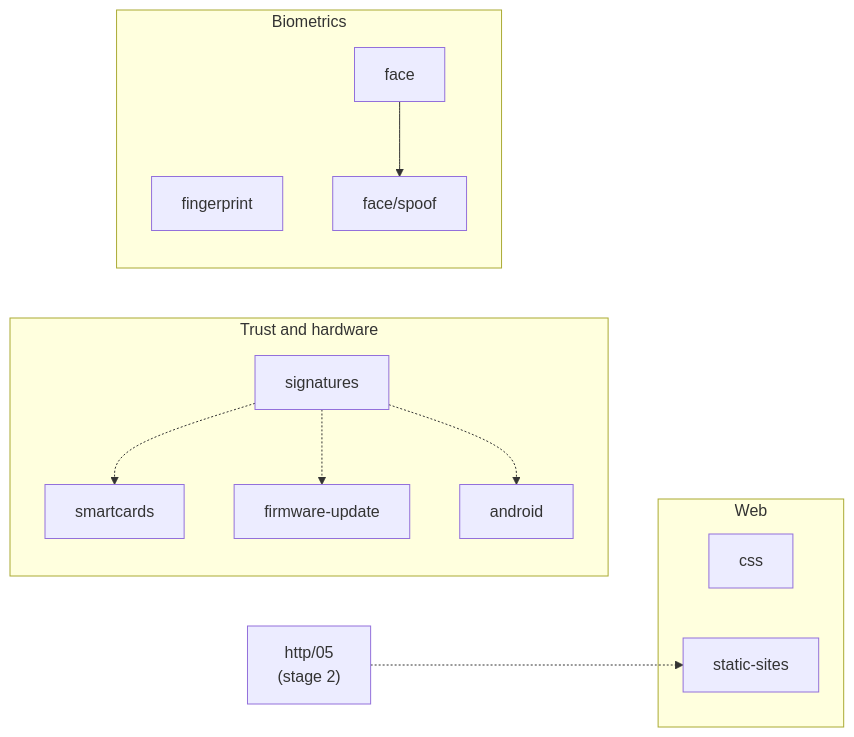
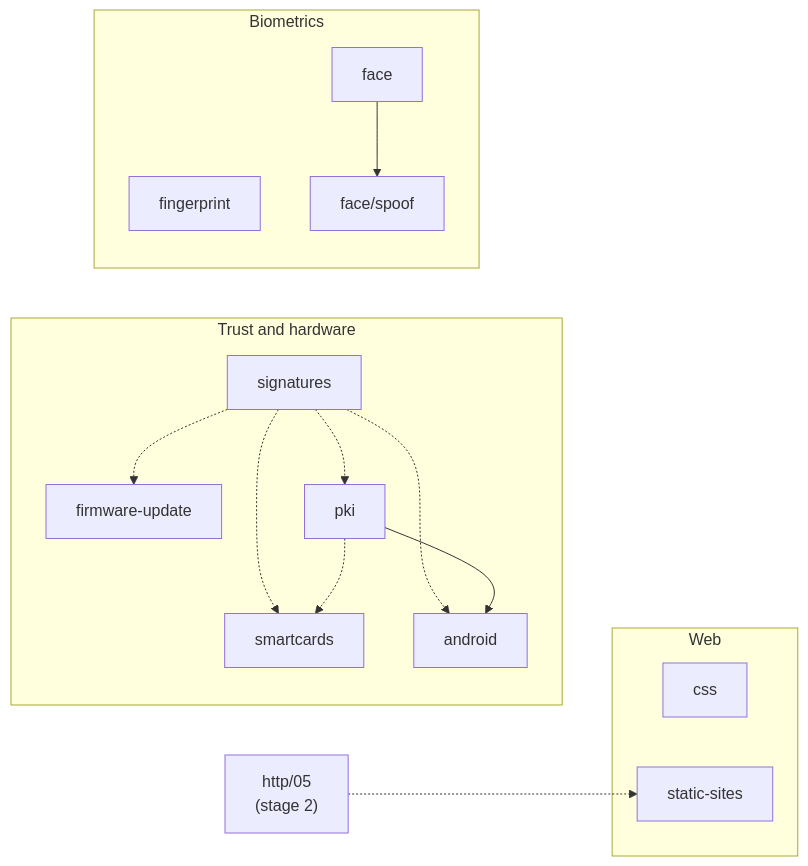
The second of 3 diagrams in README.md (Beasr1/til), drawn with Mermaid before and after one commit. The commit also changed other lines of this file, not shown here.

First line of the commit message:
docs:roadmap adds pki

````diff
--- a/README.md
+++ b/README.md
@@ -93,20 +93,23 @@
 ```mermaid
 flowchart LR
     subgraph W["Web"]
         css[css]
         ss[static-sites]
     end
 
     subgraph T["Trust and hardware"]
         sig[signatures] -.-> sc[smartcards]
         sig -.-> fw[firmware-update]
         sig -.-> andr[android]
+        sig -.-> pki[pki]
+        pki --> andr
+        pki -.-> sc
     end
 
     subgraph B["Biometrics"]
         fp[fingerprint]
         face[face] --> spoof[face/spoof]
     end
 
     http05["http/05<br/>(stage 2)"] -.-> ss
 ```
````
